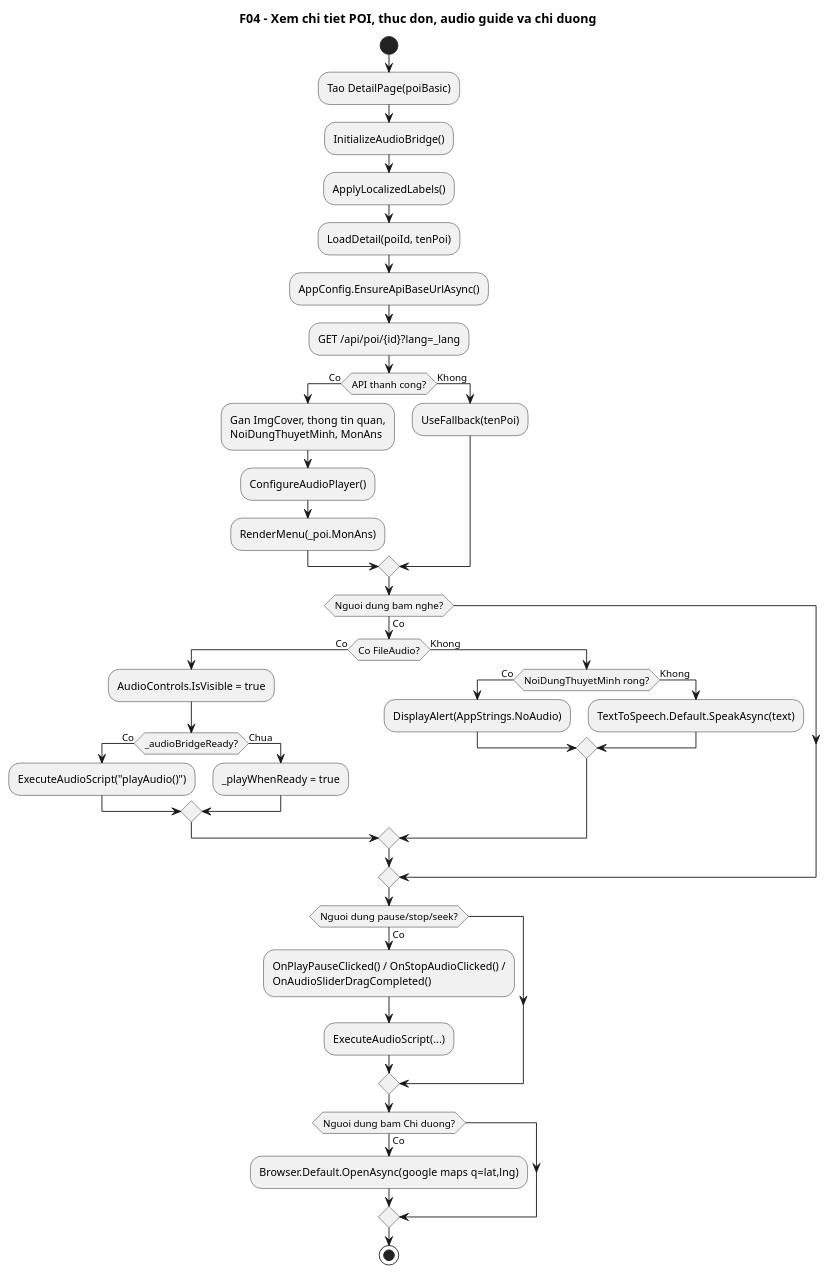
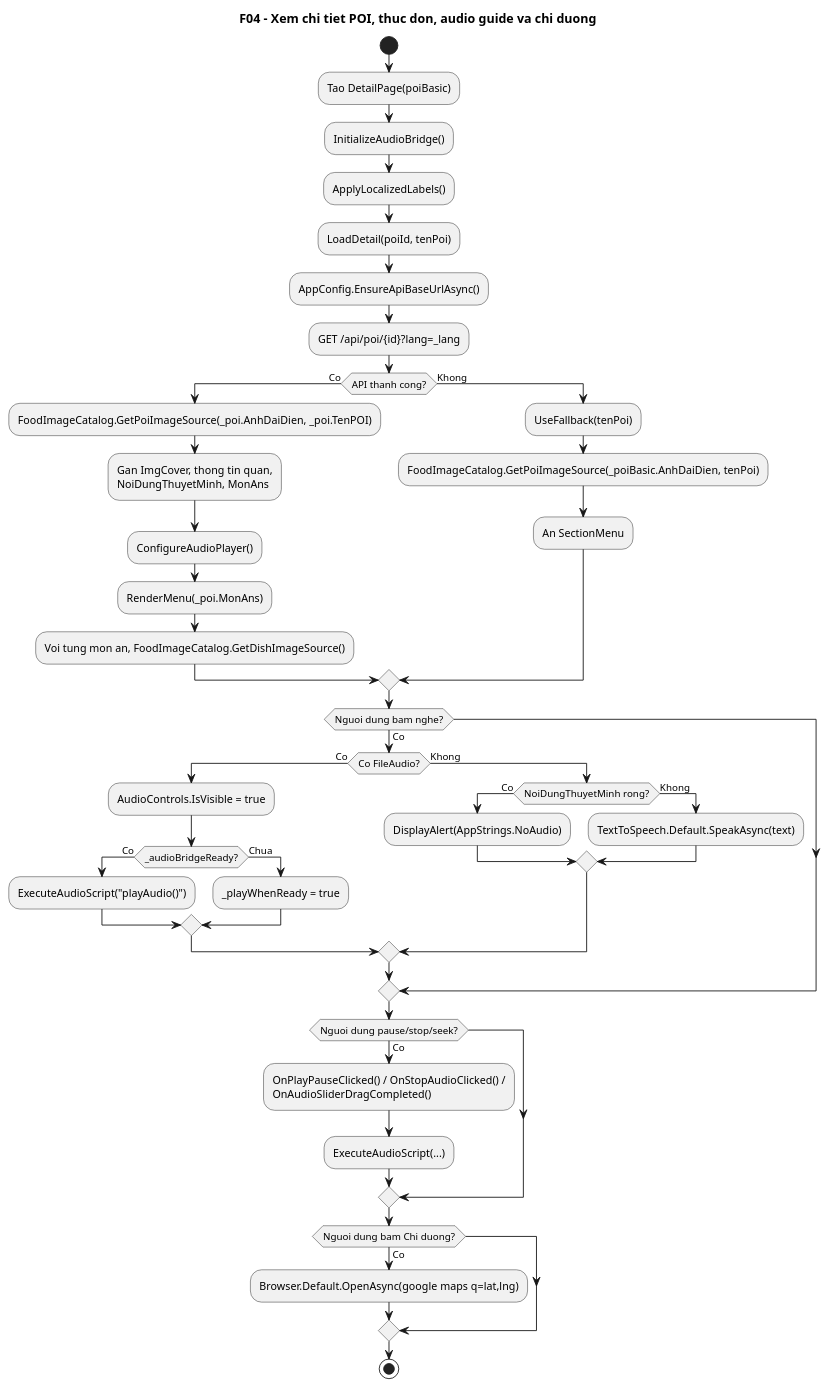
One commit to VoBao182/PhoAmThuc changed the diagram in docs/diagrams/04-poi-detail-activity.puml. Above: the diagram before and after it, drawn with PlantUML. The commit also changed 60 other files, not shown here.

```diff
--- a/docs/diagrams/04-poi-detail-activity.puml
+++ b/docs/diagrams/04-poi-detail-activity.puml
@@ -1,53 +1,59 @@
 @startuml
 ' Diagram: F04 - Xem chi tiet POI, thuc don, audio guide va chi duong (Activity)
 ' Status: WIP
-' Baseline: branch master, HEAD a5fde70
+' Baseline: branch master, HEAD 0b9ca4b + working tree 2026-04-22
 ' Source:
 ' - VinhKhanhTourDemo/DetailPage.xaml.cs: LoadDetail(), UseFallback(), ConfigureAudioPlayer(), RenderMenu(), OnNgheClicked(), OnMapClicked()
+' - VinhKhanhTourDemo/FoodImageCatalog.cs: GetPoiImageSource(), GetDishImageSource(), TryCreateImageSource()
+' - VinhKhanhTourDemo/AppConfig.cs: ResolveImageUrl()
 ' - VinhKhanhTour.API/Controllers/PoiController.cs: GetById()
-' Note: DetailPage van la khu vuc dang kiem tra; giu WIP de tranh xem day la luong da chot, nhat la phan audio bridge va fallback.
+' Note: Da bo sung dung logic fallback anh hien tai qua FoodImageCatalog; van giu WIP vi DetailPage/audio bridge dang duoc kiem tra.
 title F04 - Xem chi tiet POI, thuc don, audio guide va chi duong
 start
 :Tao DetailPage(poiBasic);
 :InitializeAudioBridge();
 :ApplyLocalizedLabels();
 :LoadDetail(poiId, tenPoi);
 
 :AppConfig.EnsureApiBaseUrlAsync();
 :GET /api/poi/{id}?lang=_lang;
 if (API thanh cong?) then (Co)
+  :FoodImageCatalog.GetPoiImageSource(_poi.AnhDaiDien, _poi.TenPOI);
   :Gan ImgCover, thong tin quan,\nNoiDungThuyetMinh, MonAns;
   :ConfigureAudioPlayer();
   :RenderMenu(_poi.MonAns);
+  :Voi tung mon an, FoodImageCatalog.GetDishImageSource();
 else (Khong)
   :UseFallback(tenPoi);
+  :FoodImageCatalog.GetPoiImageSource(_poiBasic.AnhDaiDien, tenPoi);
+  :An SectionMenu;
 endif
 
 if (Nguoi dung bam nghe?) then (Co)
   if (Co FileAudio?) then (Co)
     :AudioControls.IsVisible = true;
     if (_audioBridgeReady?) then (Co)
       :ExecuteAudioScript("playAudio()");
     else (Chua)
       :_playWhenReady = true;
     endif
   else (Khong)
     if (NoiDungThuyetMinh rong?) then (Co)
       :DisplayAlert(AppStrings.NoAudio);
     else (Khong)
       :TextToSpeech.Default.SpeakAsync(text);
     endif
   endif
 endif
 
 if (Nguoi dung pause/stop/seek?) then (Co)
   :OnPlayPauseClicked() / OnStopAudioClicked() /\nOnAudioSliderDragCompleted();
   :ExecuteAudioScript(...);
 endif
 
 if (Nguoi dung bam Chi duong?) then (Co)
   :Browser.Default.OpenAsync(google maps q=lat,lng);
 endif
 
 stop
 @enduml
```
